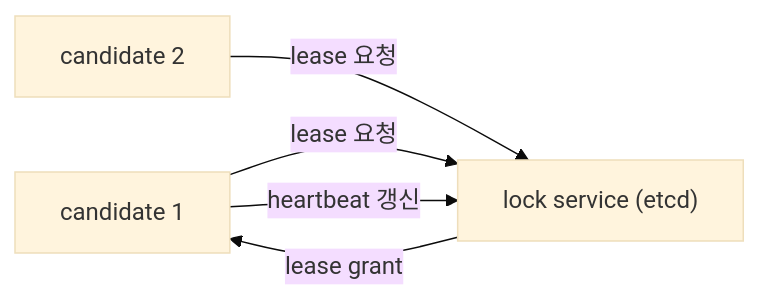
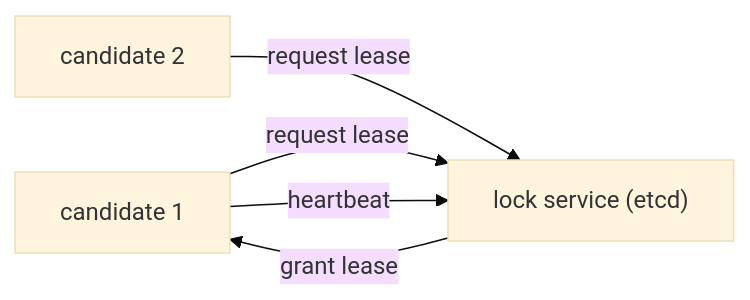
One commit to yeongseon-books/book-content changed the diagram in content/distributed-systems-101/ko/07-leader-election.md. Above: the diagram before and after it, drawn with Mermaid (base theme). The commit also changed other lines of this file and 9 other files, not shown here.

````diff
--- a/content/distributed-systems-101/ko/07-leader-election.md
+++ b/content/distributed-systems-101/ko/07-leader-election.md
@@ -36,7 +46,7 @@
 ```mermaid
 flowchart LR
-    C1["candidate 1"] -->|lease 요청| L["lock service (etcd)"]
-    C2["candidate 2"] -->|lease 요청| L
-    L -->|lease grant| C1
-    C1 -->|heartbeat 갱신| L
+    C1["candidate 1"] -->|request lease| L["lock service (etcd)"]
+    C2["candidate 2"] -->|request lease| L
+    L -->|grant lease| C1
+    C1 -->|heartbeat| L
 ```
````
